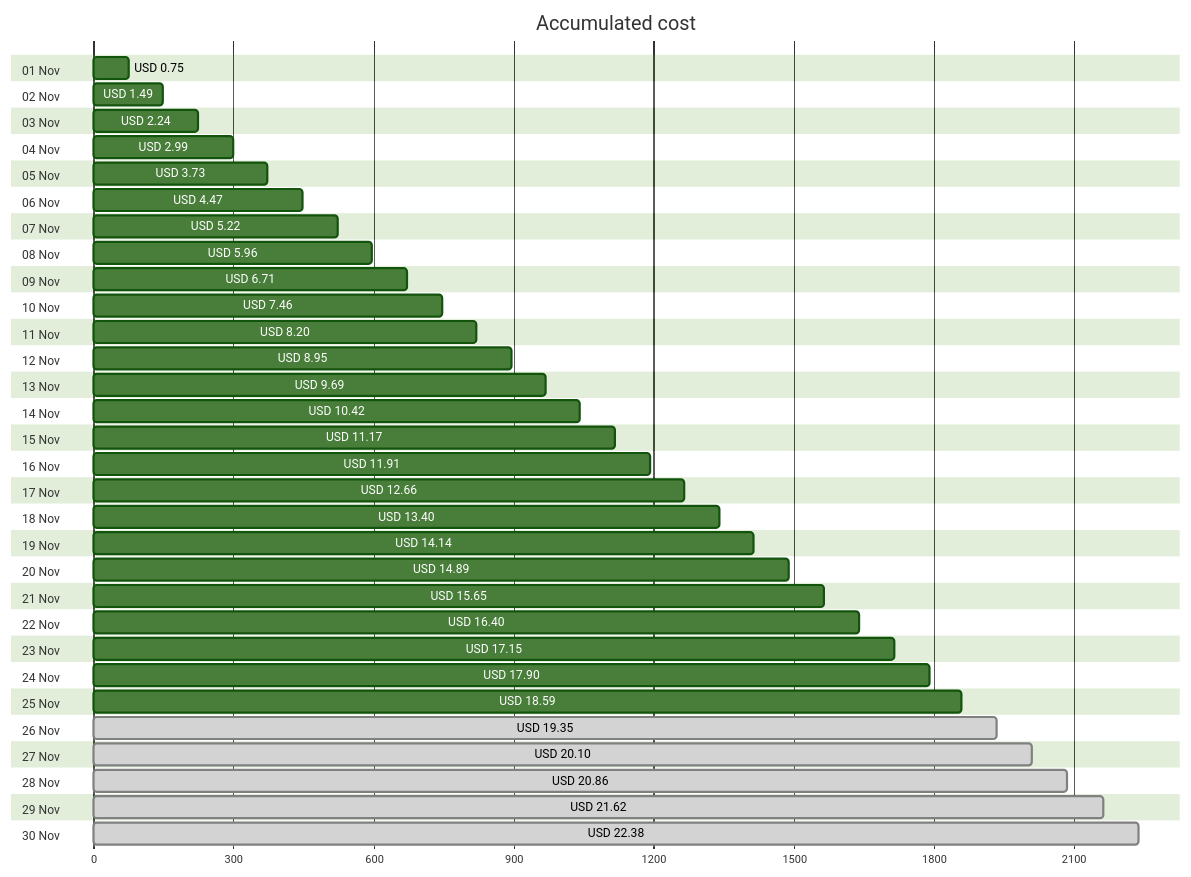
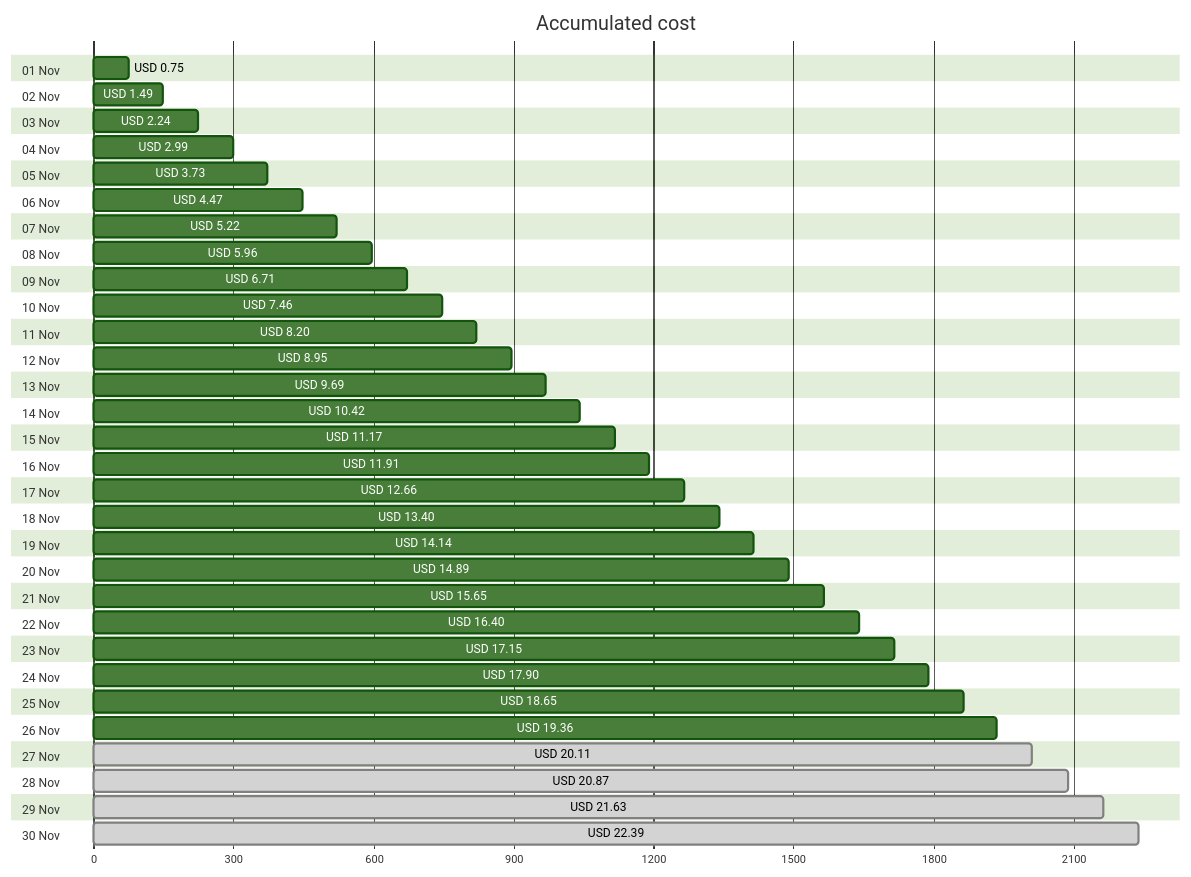
One commit to jpfulton/azure-personal-reports changed the first of 4 diagrams in cost-reports/personal-network/backup-server-data-disk.md. Above: the diagram before and after it, drawn with Mermaid (forest theme). The commit also changed other lines of this file and 8 other files, not shown here.

````diff
--- a/cost-reports/personal-network/backup-server-data-disk.md
+++ b/cost-reports/personal-network/backup-server-data-disk.md
@@ -20,66 +20,66 @@
 ```mermaid
 gantt
    title Accumulated cost
    dateFormat  X
    axisFormat %s
    section 01 Nov
    USD 0.75 :0, 75
    section 02 Nov
    USD 1.49 :0, 149
    section 03 Nov
    USD 2.24 :0, 224
    section 04 Nov
    USD 2.99 :0, 299
    section 05 Nov
    USD 3.73 :0, 373
    section 06 Nov
    USD 4.47 :0, 447
    section 07 Nov
    USD 5.22 :0, 522
    section 08 Nov
    USD 5.96 :0, 596
    section 09 Nov
    USD 6.71 :0, 671
    section 10 Nov
    USD 7.46 :0, 746
    section 11 Nov
    USD 8.20 :0, 820
    section 12 Nov
    USD 8.95 :0, 895
    section 13 Nov
    USD 9.69 :0, 969
    section 14 Nov
    USD 10.42 :0, 1042
    section 15 Nov
    USD 11.17 :0, 1117
    section 16 Nov
    USD 11.91 :0, 1191
    section 17 Nov
    USD 12.66 :0, 1266
    section 18 Nov
    USD 13.40 :0, 1340
    section 19 Nov
    USD 14.14 :0, 1414
    section 20 Nov
    USD 14.89 :0, 1489
    section 21 Nov
    USD 15.65 :0, 1565
    section 22 Nov
    USD 16.40 :0, 1640
    section 23 Nov
    USD 17.15 :0, 1715
    section 24 Nov
    USD 17.90 :0, 1790
    section 25 Nov
-   USD 18.59 :0, 1859
+   USD 18.65 :0, 1865
    section 26 Nov
-   USD 19.35 : done, 0, 1935
+   USD 19.36 :0, 1936
    section 27 Nov
-   USD 20.10 : done, 0, 2010
+   USD 20.11 : done, 0, 2011
    section 28 Nov
-   USD 20.86 : done, 0, 2086
+   USD 20.87 : done, 0, 2087
    section 29 Nov
-   USD 21.62 : done, 0, 2162
+   USD 21.63 : done, 0, 2163
    section 30 Nov
-   USD 22.38 : done, 0, 2238
+   USD 22.39 : done, 0, 2239
 ```
````
